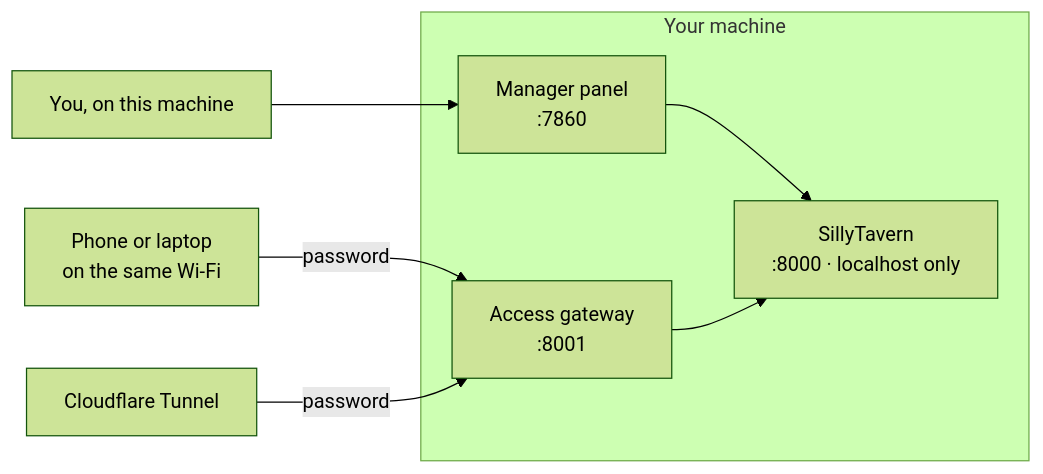
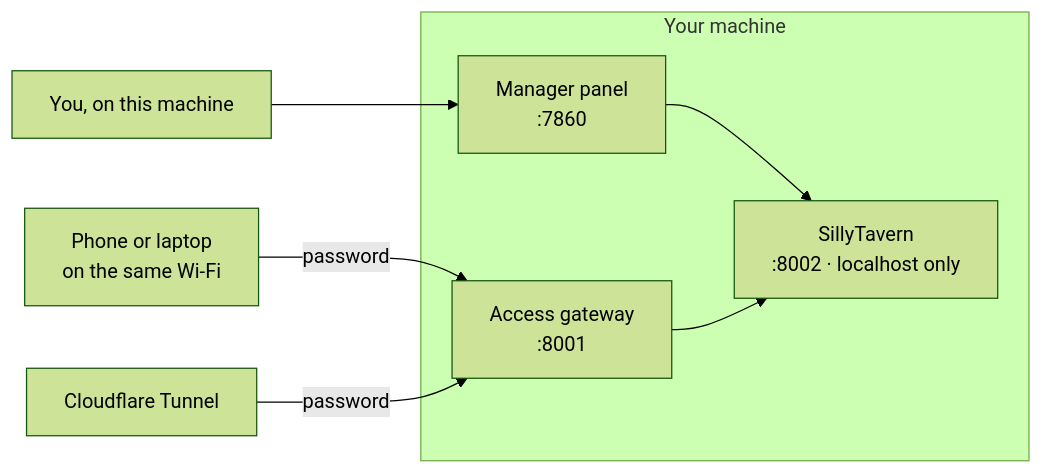
One commit to locmaymo/stm changed the diagram in README.md. Above: the diagram before and after it, drawn with Mermaid (forest theme). The commit also changed other lines of this file and 13 other files, not shown here.

````diff
--- a/README.md
+++ b/README.md
@@ -300,13 +300,13 @@
 ```mermaid
 flowchart LR
   subgraph machine["Your machine"]
     M["Manager panel<br/>:7860"]
     G["Access gateway<br/>:8001"]
-    S["SillyTavern<br/>:8000 · localhost only"]
+    S["SillyTavern<br/>:8002 · localhost only"]
     M --> S
     G --> S
   end
   A["You, on this machine"] --> M
   B["Phone or laptop<br/>on the same Wi-Fi"] -- password --> G
   C["Cloudflare Tunnel"] -- password --> G
 ```
````
